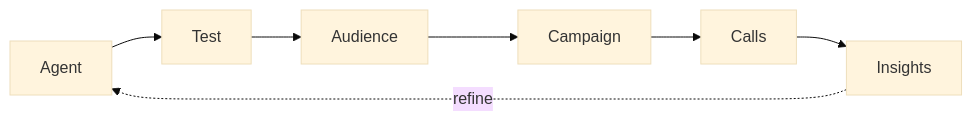
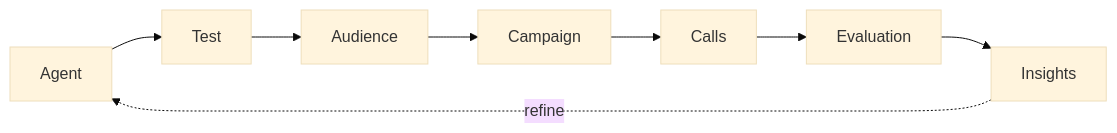
Before and after one commit to gargsaar/intrlume-docs: the diagram in how-intrlume-works.mdx, drawn with Mermaid (base theme). The commit also changed other lines of this file and 1 other file, not shown here.

````diff
--- a/how-intrlume-works.mdx
+++ b/how-intrlume-works.mdx
@@ -8,9 +8,10 @@
 ```mermaid
 flowchart LR
   A[Agent] --> B[Test]
   B --> C[Audience]
   C --> D[Campaign]
   D --> E[Calls]
-  E --> F[Insights]
-  F -.->|refine| A
+  E --> F[Evaluation]
+  F --> G[Insights]
+  G -.->|refine| A
 ```
````
